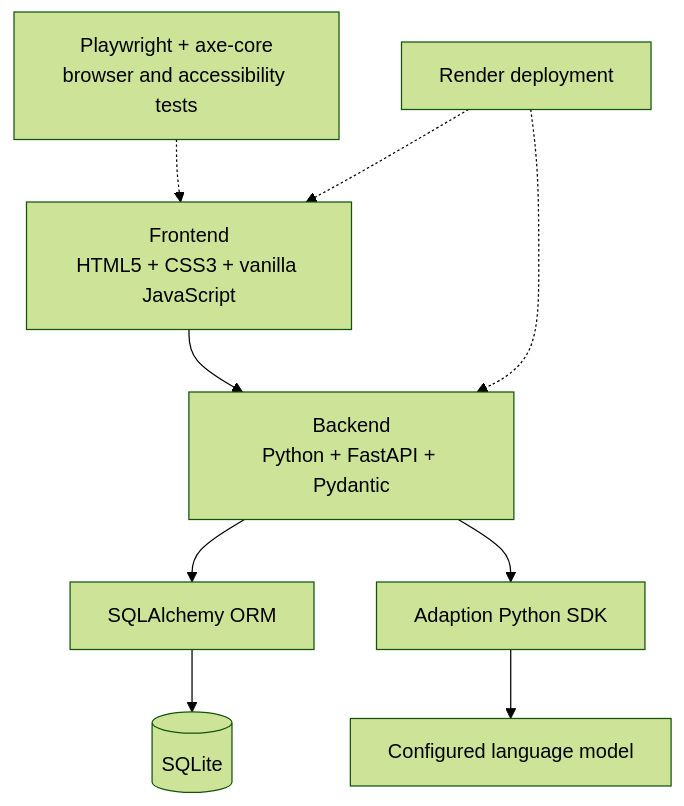
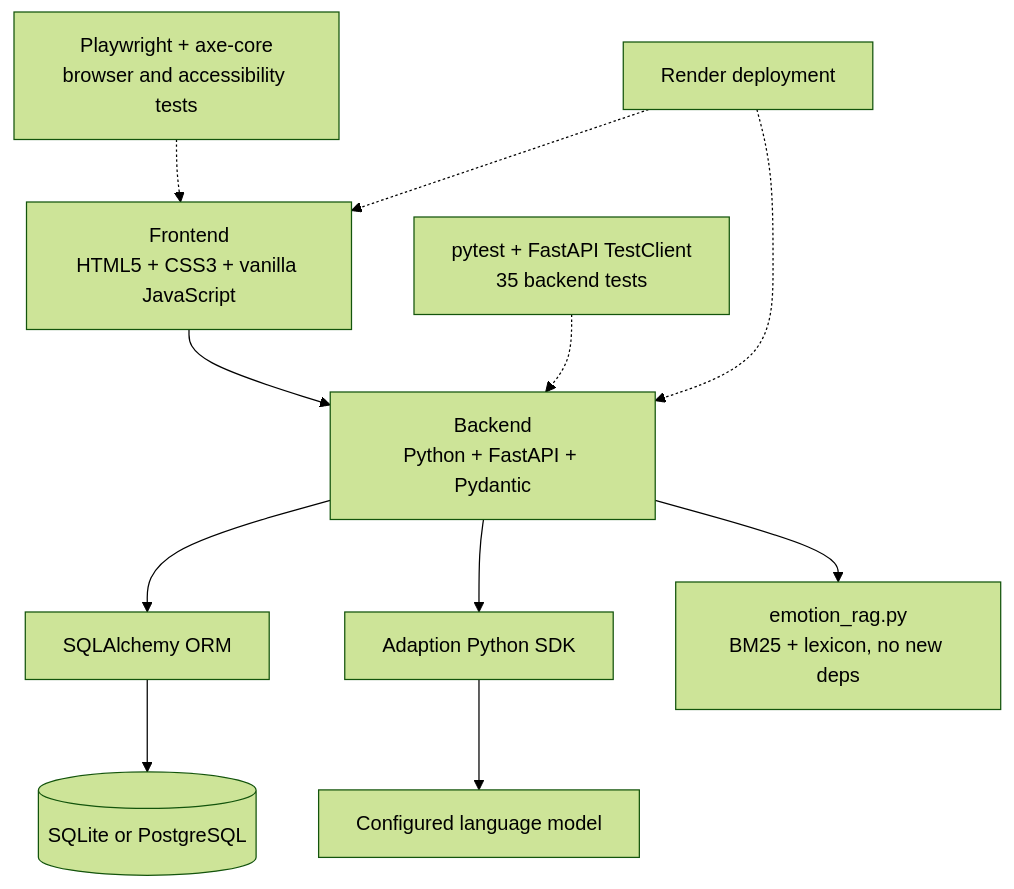
One commit to anikm112128-stack/LightNovelBuddy changed the second of 2 diagrams in README.md. Above: the diagram before and after it, drawn with Mermaid (forest theme). The commit also changed other lines of this file, not shown here.

````diff
--- a/README.md
+++ b/README.md
@@ -180,11 +240,13 @@
 ```mermaid
 flowchart TB
     Browser[Frontend<br/>HTML5 + CSS3 + vanilla JavaScript] --> FastAPI[Backend<br/>Python + FastAPI + Pydantic]
     FastAPI --> ORM[SQLAlchemy ORM]
-    ORM --> SQLite[(SQLite)]
+    ORM --> SQLite[(SQLite or PostgreSQL)]
     FastAPI --> SDK[Adaption Python SDK]
     SDK --> Model[Configured language model]
+    FastAPI --> RAG[emotion_rag.py<br/>BM25 + lexicon, no new deps]
     Tests[Playwright + axe-core<br/>browser and accessibility tests] -.-> Browser
+    Pytest[pytest + FastAPI TestClient<br/>35 backend tests] -.-> FastAPI
     Render[Render deployment] -.-> Browser
     Render -.-> FastAPI
 ```
````
